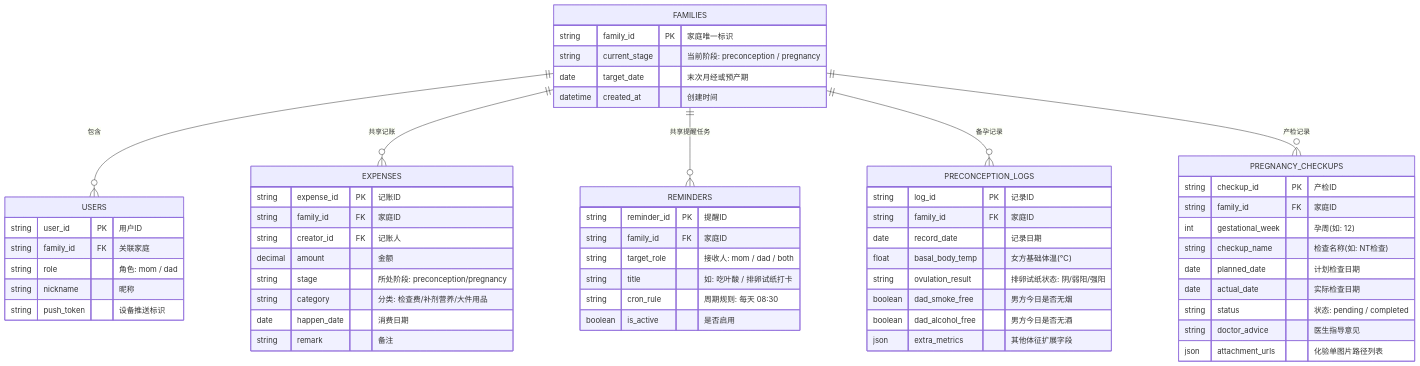
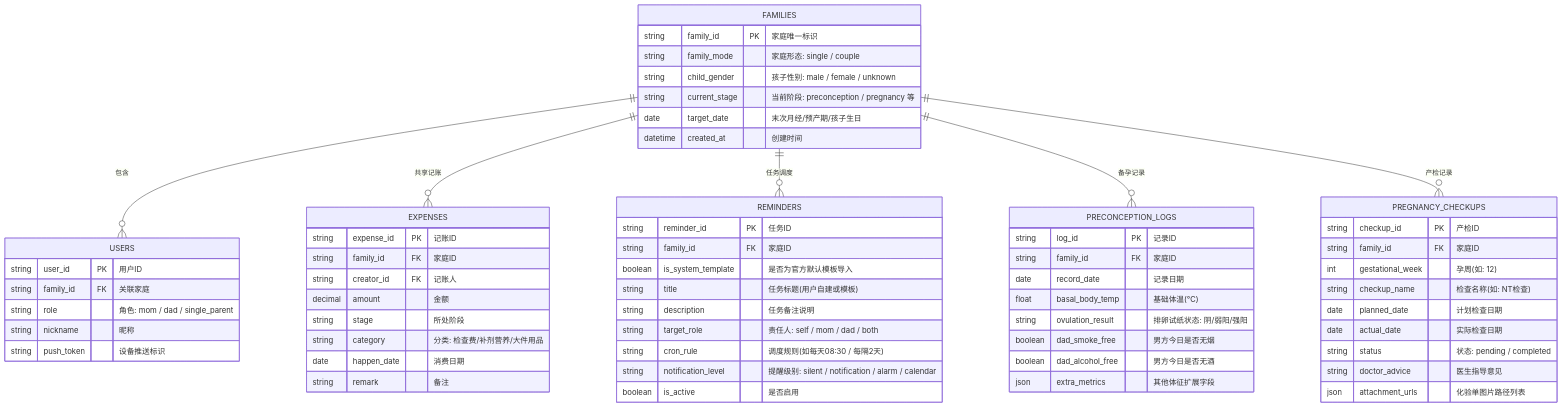
Before and after one commit to Tshameless/24years: the second of 2 diagrams in docs/03_移动端动态模块化与云端协同架构.md, drawn with Mermaid. The commit also changed other lines of this file and 3 other files, not shown here.

````diff
--- a/docs/03_移动端动态模块化与云端协同架构.md
+++ b/docs/03_移动端动态模块化与云端协同架构.md
@@ -76,66 +113,71 @@
 ```mermaid
 erDiagram
     FAMILIES ||--o{ USERS : "包含"
     FAMILIES ||--o{ EXPENSES : "共享记账"
-    FAMILIES ||--o{ REMINDERS : "共享提醒任务"
+    FAMILIES ||--o{ REMINDERS : "任务调度"
     FAMILIES ||--o{ PRECONCEPTION_LOGS : "备孕记录"
     FAMILIES ||--o{ PREGNANCY_CHECKUPS : "产检记录"
 
     FAMILIES {
         string family_id PK "家庭唯一标识"
-        string current_stage "当前阶段: preconception / pregnancy"
-        date target_date "末次月经或预产期"
+        string family_mode "家庭形态: single / couple"
+        string child_gender "孩子性别: male / female / unknown"
+        string current_stage "当前阶段: preconception / pregnancy 等"
+        date target_date "末次月经/预产期/孩子生日"
         datetime created_at "创建时间"
     }
 
     USERS {
         string user_id PK "用户ID"
         string family_id FK "关联家庭"
-        string role "角色: mom / dad"
+        string role "角色: mom / dad / single_parent"
         string nickname "昵称"
         string push_token "设备推送标识"
     }
 
     REMINDERS {
-        string reminder_id PK "提醒ID"
+        string reminder_id PK "任务ID"
         string family_id FK "家庭ID"
-        string target_role "接收人: mom / dad / both"
-        string title "如: 吃叶酸 / 排卵试纸打卡"
-        string cron_rule "周期规则: 每天 08:30"
+        boolean is_system_template "是否为官方默认模板导入"
+        string title "任务标题(用户自建或模板)"
+        string description "任务备注说明"
+        string target_role "责任人: self / mom / dad / both"
+        string cron_rule "调度规则(如每天08:30 / 每隔2天)"
+        string notification_level "提醒级别: silent / notification / alarm / calendar"
         boolean is_active "是否启用"
     }
 
     EXPENSES {
         string expense_id PK "记账ID"
         string family_id FK "家庭ID"
         string creator_id FK "记账人"
         decimal amount "金额"
-        string stage "所处阶段: preconception/pregnancy"
+        string stage "所处阶段"
         string category "分类: 检查费/补剂营养/大件用品"
         date happen_date "消费日期"
         string remark "备注"
     }
 
     PRECONCEPTION_LOGS {
         string log_id PK "记录ID"
         string family_id FK "家庭ID"
         date record_date "记录日期"
-        float basal_body_temp "女方基础体温(℃)"
+        float basal_body_temp "基础体温(℃)"
         string ovulation_result "排卵试纸状态: 阴/弱阳/强阳"
         boolean dad_smoke_free "男方今日是否无烟"
         boolean dad_alcohol_free "男方今日是否无酒"
         json extra_metrics "其他体征扩展字段"
     }
 
     PREGNANCY_CHECKUPS {
         string checkup_id PK "产检ID"
         string family_id FK "家庭ID"
         int gestational_week "孕周(如: 12)"
         string checkup_name "检查名称(如: NT检查)"
         date planned_date "计划检查日期"
         date actual_date "实际检查日期"
         string status "状态: pending / completed"
         string doctor_advice "医生指导意见"
         json attachment_urls "化验单图片路径列表"
     }
 ```
````
